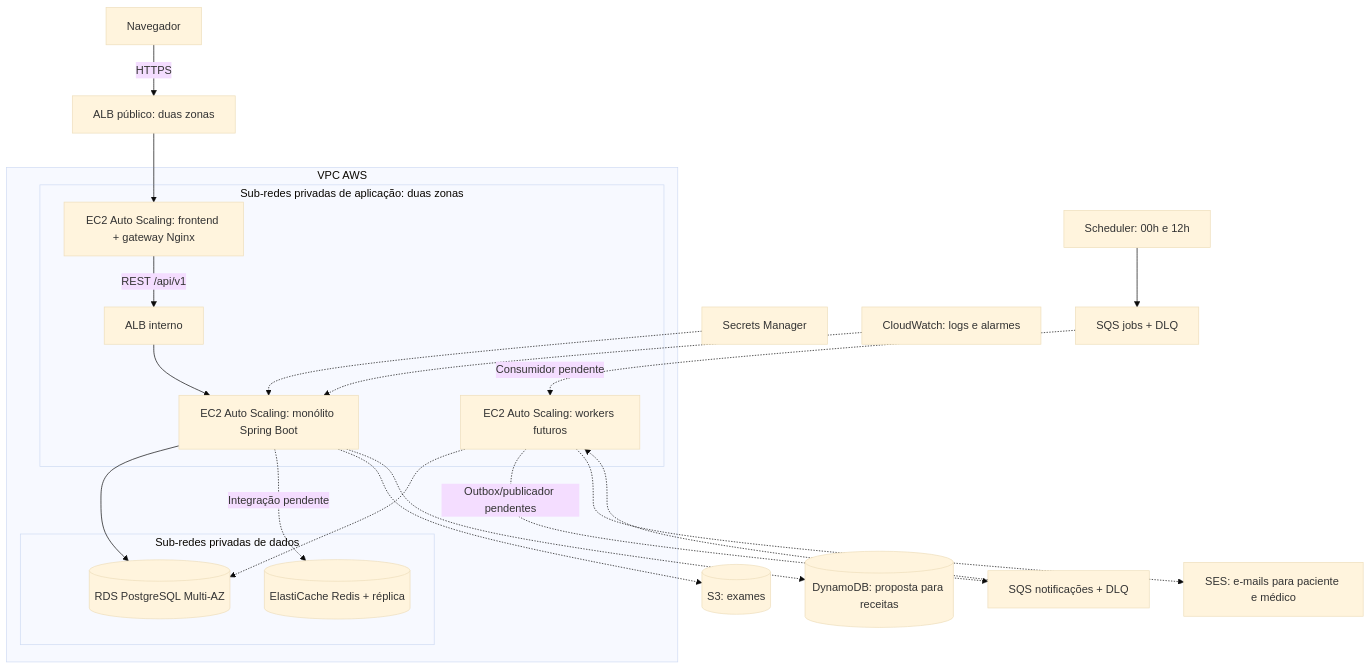
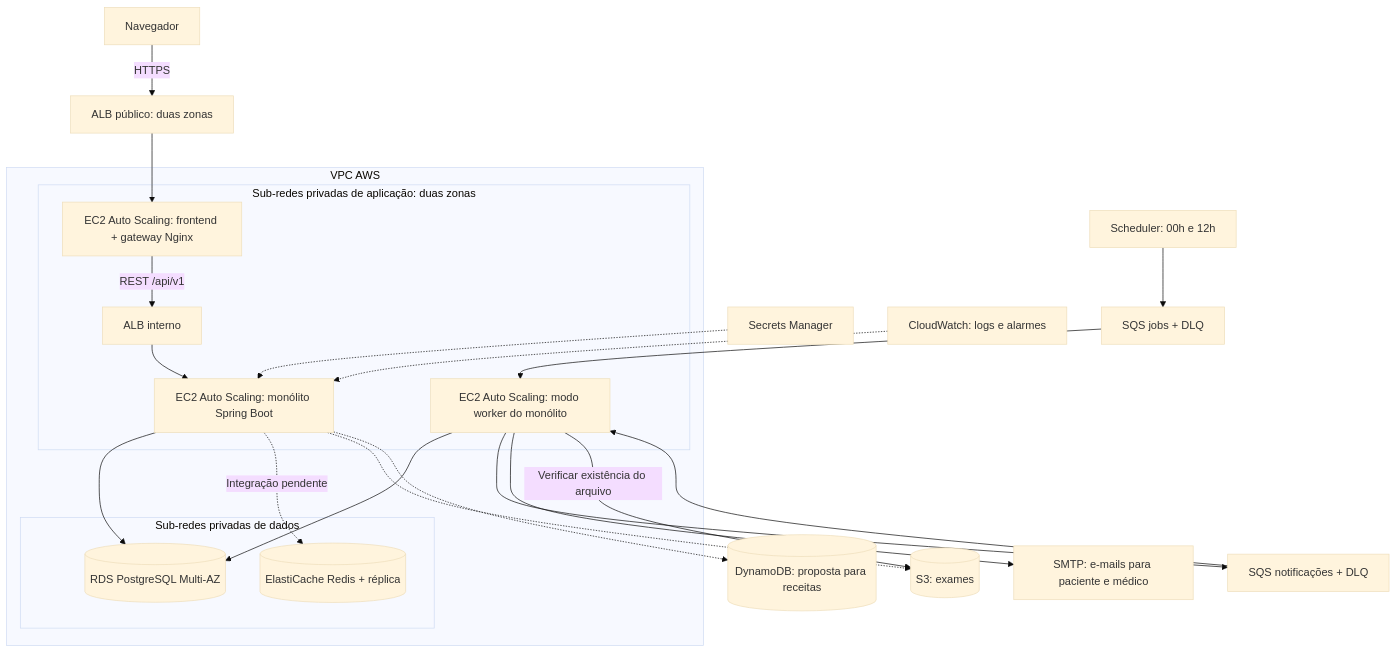
The diagram in infra/README.md (itodoconhecer-cmyk/clinicahans), drawn with Mermaid (base theme) before and after one commit. The commit also changed other lines of this file and 57 other files, not shown here.

````diff
--- a/infra/README.md
+++ b/infra/README.md
@@ -27,30 +31,31 @@
 ```mermaid
 flowchart TB
     U[Navegador] -->|HTTPS| ALB[ALB público: duas zonas]
     subgraph VPC[VPC AWS]
         subgraph APP[Sub-redes privadas de aplicação: duas zonas]
             WEB[EC2 Auto Scaling: frontend + gateway Nginx]
             ILB[ALB interno]
             API[EC2 Auto Scaling: monólito Spring Boot]
-            W[EC2 Auto Scaling: workers futuros]
+            W[EC2 Auto Scaling: modo worker do monólito]
             WEB -->|REST /api/v1| ILB --> API
         end
         subgraph DATA[Sub-redes privadas de dados]
             PG[(RDS PostgreSQL Multi-AZ)]
             R[(ElastiCache Redis + réplica)]
         end
         API --> PG
         API -. Integração pendente .-> R
-        W -.-> PG
+        W --> PG
     end
     ALB --> WEB
     CRON[Scheduler: 00h e 12h] --> J[SQS jobs + DLQ]
-    J -. Consumidor pendente .-> W
-    W -. Outbox/publicador pendentes .-> N[SQS notificações + DLQ]
-    N -.-> W
-    W -.-> SES[SES: e-mails para paciente e médico]
+    J --> W
+    W --> N[SQS notificações + DLQ]
+    N --> W
+    W --> SES[SMTP: e-mails para paciente e médico]
+    W -->|Verificar existência do arquivo| S3
     API -.-> S3[(S3: exames)]
     API -.-> DDB[(DynamoDB: proposta para receitas)]
     SEC[Secrets Manager] -.-> API
     OBS[CloudWatch: logs e alarmes] -.-> API
 ```
````
